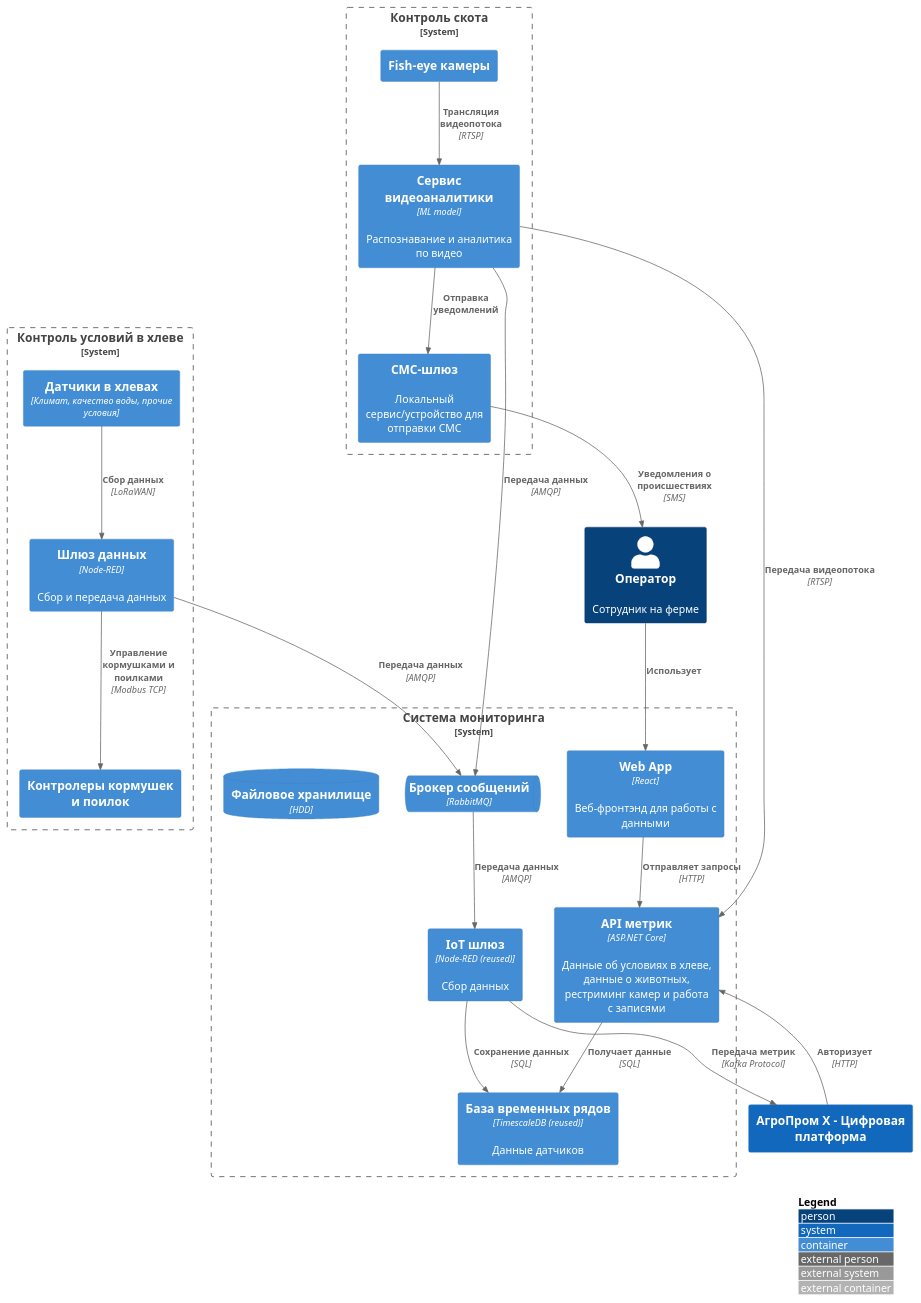
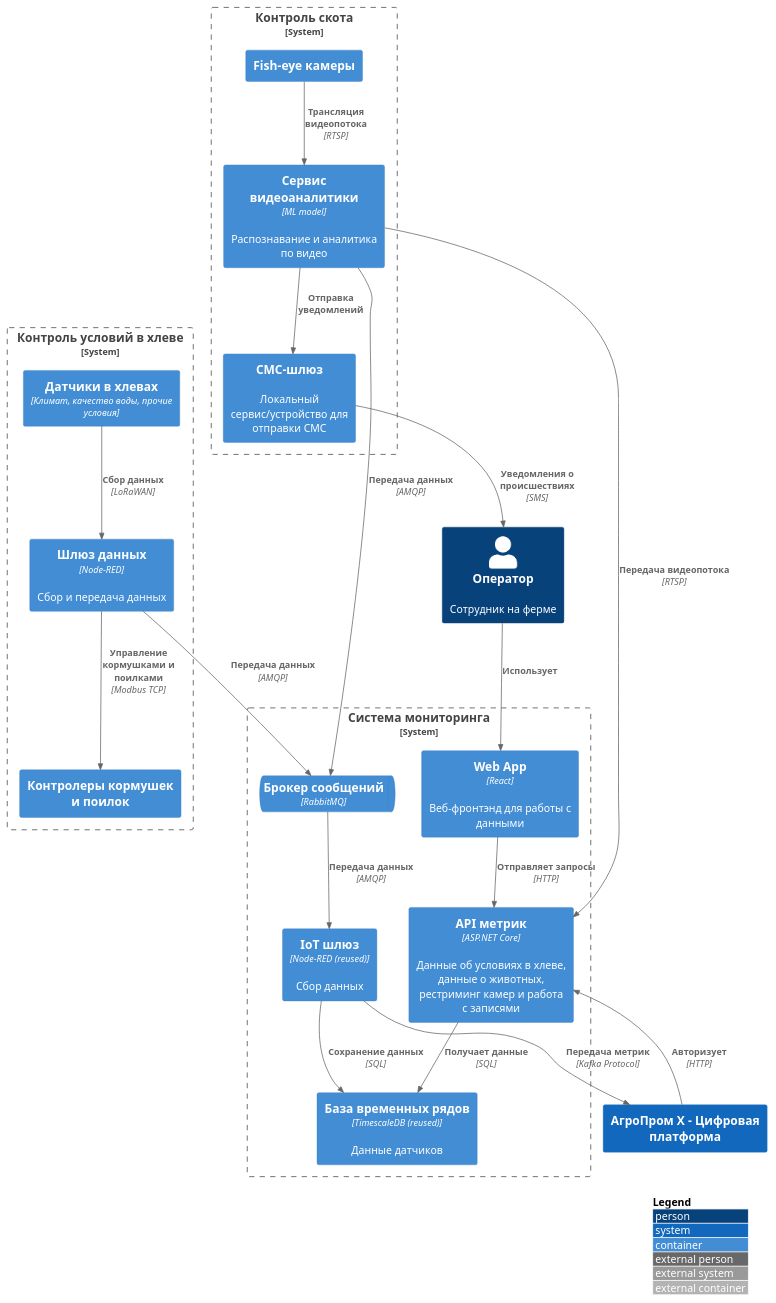
The diagram in Task2/distributed-с2.puml (destonar/MSA-AgroTech), drawn with PlantUML before and after one commit.

Commit message:
Fix distributes c2

```diff
--- a/Task2/distributed-с2.puml
+++ b/Task2/distributed-с2.puml
@@ -1,50 +1,49 @@
 @startuml C2 Container Context
 !include https://raw.githubusercontent.com/plantuml-stdlib/C4-PlantUML/master/C4_Container.puml
 
 Person(operator, "Оператор", "Сотрудник на ферме")
 
 System_Boundary(barnControl, "Контроль условий в хлеве") {
     Container(sensors, "Датчики в хлевах", "Климат, качество воды, прочие условия")
     Container(controllers, "Контролеры кормушек и поилок")
     Container(barnGateway, "Шлюз данных", "Node-RED", "Сбор и передача данных")
 }
 
 System_Boundary(cattleMonitoring, "Контроль скота") {
     Container(cameras, "Fish-eye камеры")
     Container(mlAnalytics, "Сервис видеоаналитики", "ML model", "Распознавание и аналитика по видео")
     Container(smsGateway, "СМС-шлюз", ,"Локальный сервис/устройство для отправки СМС")
 }
 
 System_Boundary(localService, "Система мониторинга") {
     Container(tsdb, "База временных рядов", "TimescaleDB (reused)", "Данные датчиков")
     Container(iot_шлюз, "IoT шлюз", "Node-RED (reused)", "Сбор данных")
 
     Container(api, "API метрик", "ASP.NET Core", "Данные об условиях в хлеве, данные о животных, рестриминг камер и работа с записями")
     Container(webApp, "Web App", "React", "Веб-фронтэнд для работы с данными")
     ContainerQueue(messageBus, "Брокер сообщений", "RabbitMQ")
-    ContainerDb(fileStorage, "Файловое хранилище", "HDD")
 }
 
 System(centralHub, "АгроПром Х - Цифровая платформа")
 
 Rel(sensors, barnGateway, "Сбор данных", "LoRaWAN")
 Rel(barnGateway, controllers, "Управление кормушками и поилками", "Modbus TCP")
 Rel(barnGateway, messageBus, "Передача данных", "AMQP")
 
 Rel(cameras, mlAnalytics, "Трансляция видеопотока", "RTSP")
 Rel(mlAnalytics, messageBus, "Передача данных", "AMQP")
 Rel(mlAnalytics, api, "Передача видеопотока", "RTSP")
 Rel(mlAnalytics, smsGateway, "Отправка уведомлений")
 Rel(smsGateway, operator, "Уведомления о происшествиях", "SMS")
 
 Rel(operator, webApp, "Использует")
 Rel(webApp, api, "Отправляет запросы", "HTTP")
 Rel(centralHub, api, "Авторизует", "HTTP")
 Rel(api, tsdb, "Получает данные", "SQL")
 
 Rel(messageBus, iot_шлюз, "Передача данных", "AMQP")
 Rel(iot_шлюз, tsdb, "Сохранение данных", "SQL")
 Rel(iot_шлюз, centralHub, "Передача метрик", "Kafka Protocol")
 
 LAYOUT_WITH_LEGEND()
 @enduml 
```
